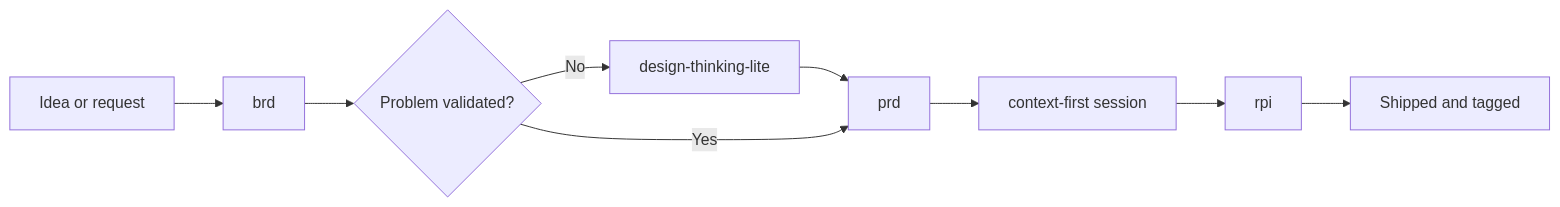
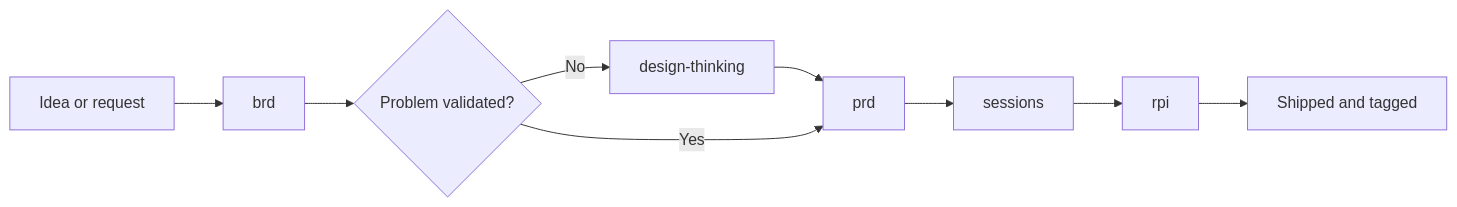
The diagram in README.md (bartr/skills), drawn with Mermaid before and after one commit. The commit also changed other lines of this file and 4 other files, not shown here.

````diff
--- a/README.md
+++ b/README.md
@@ -36,11 +36,11 @@
 ```mermaid
 flowchart LR
     A[Idea or request] --> B[brd]
     B --> C{Problem validated?}
-    C -- No --> D[design-thinking-lite]
+    C -- No --> D[design-thinking]
     D --> E[prd]
     C -- Yes --> E
-    E --> F[context-first session]
+    E --> F[sessions]
     F --> G[rpi]
     G --> H[Shipped and tagged]
 ```
````
